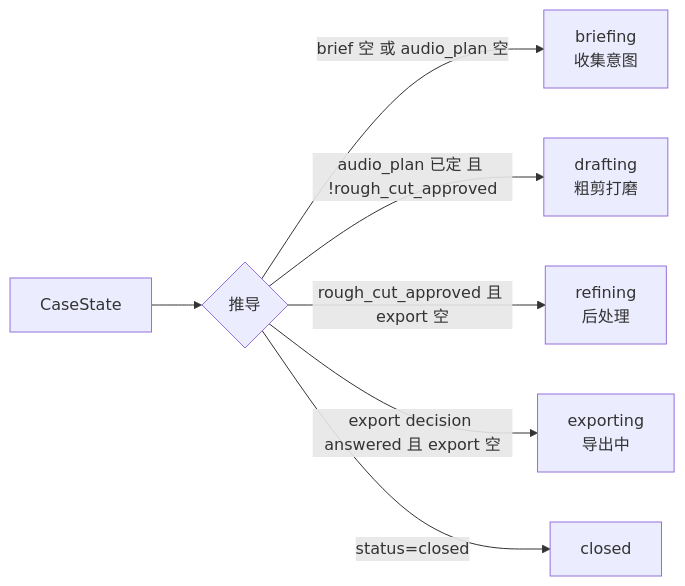
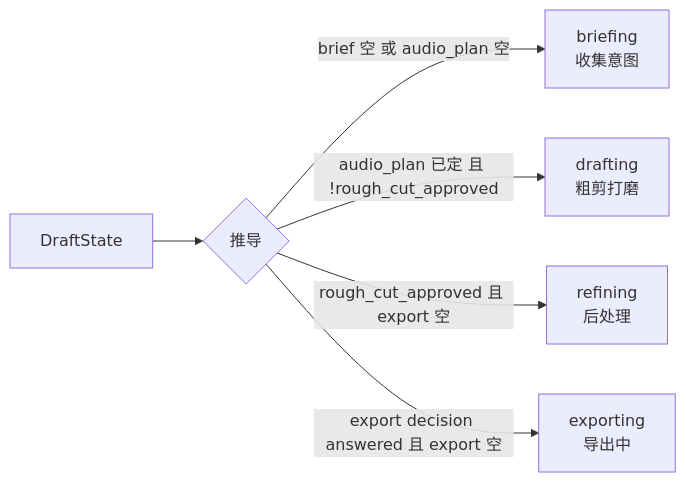
Diagram 11 of 23 in PRD.md (nanzhi84/Rushes), drawn with Mermaid before and after one commit. The commit also changed other lines of this file and 185 other files, not shown here.

First line of the commit message:
单级草稿模型：Project/Case 合并为 Draft + API 扁平化 + 素材全局去重 (#45)

````diff
--- a/PRD.md
+++ b/PRD.md
@@ -923,9 +899,8 @@
 ```mermaid
 flowchart LR
-  A["CaseState"] --> D{"推导"}
+  A["DraftState"] --> D{"推导"}
   D -->|"brief 空 或 audio_plan 空"| S1["briefing<br/>收集意图"]
   D -->|"audio_plan 已定 且 !rough_cut_approved"| S2["drafting<br/>粗剪打磨"]
   D -->|"rough_cut_approved 且 export 空"| S3["refining<br/>后处理"]
   D -->|"export decision answered 且 export 空"| S4["exporting<br/>导出中"]
-  D -->|"status=closed"| S5["closed"]
 ```
````
